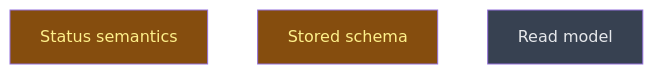
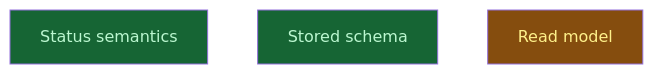
The diagram in __roadmap__/m0b-domain-model-spec/README.md (CrackingShells/cracking-shells-playbook), drawn with Mermaid before and after one commit. The commit also changed other lines of this file and 1 other file, not shown here.

Commit message:
chore(roadmap): close the m0b specification level and start the read model

````diff
--- a/__roadmap__/m0b-domain-model-spec/README.md
+++ b/__roadmap__/m0b-domain-model-spec/README.md
@@ -49,11 +49,11 @@
 ```mermaid
 graph TD
-    status_semantics[Status semantics]:::inprogress
-    stored_schema[Stored schema]:::inprogress
-    read[Read model]:::planned
+    status_semantics[Status semantics]:::done
+    stored_schema[Stored schema]:::done
+    read[Read model]:::inprogress
     classDef done       fill:#166534,color:#bbf7d0
     classDef inprogress fill:#854d0e,color:#fef08a
     classDef planned    fill:#374151,color:#e5e7eb
     classDef amendment  fill:#1e3a5f,color:#bfdbfe
     classDef blocked    fill:#7f1d1d,color:#fecaca
 ```
````
